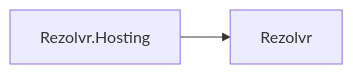
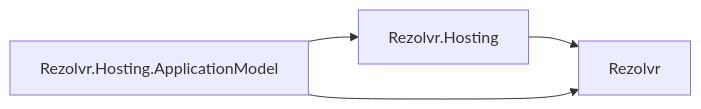
Diagram 24 of 27 in docs/DEPENDENCIES.md (assimalign/cohesion), drawn with Mermaid before and after one commit. The commit also changed other lines of this file and 454 other files, not shown here.

First line of the commit message:
feat(resources): give every resource area a Hosting.ApplicationModel integration

````diff
--- a/docs/DEPENDENCIES.md
+++ b/docs/DEPENDENCIES.md
@@ -876,6 +923,9 @@
 ```mermaid
 flowchart LR
     N0["Rezolvr"]
     N1["Rezolvr.Hosting"]
+    N2["Rezolvr.Hosting.ApplicationModel"]
     N1 --> N0
+    N2 --> N0
+    N2 --> N1
 ```
````
